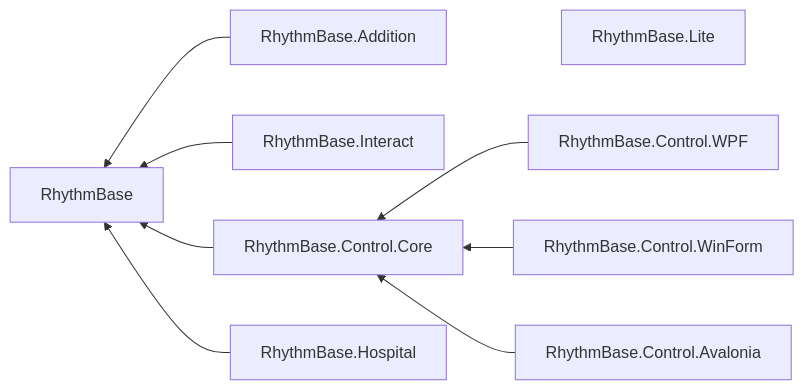
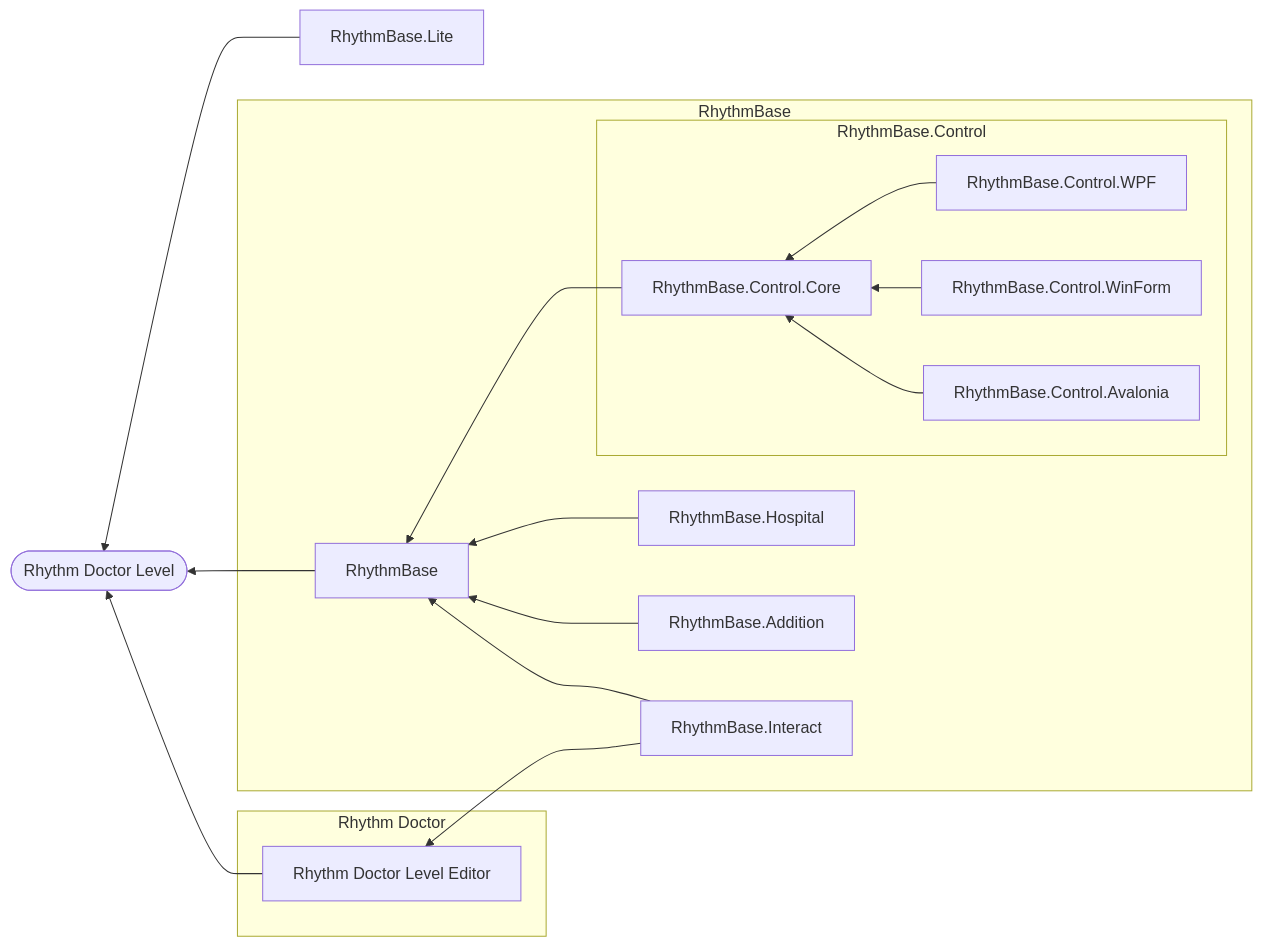
The diagram in README.md (RDCN-Community-Developers/RhythmToolkit), drawn with Mermaid before and after one commit. The commit also changed other lines of this file, not shown here.

Commit message:
更新 README

````diff
--- a/README.md
+++ b/README.md
@@ -31,15 +29,25 @@
 ```mermaid
 flowchart RL
-RB[RhythmBase]
-RBAdd[RhythmBase.Addition]
-RBInt[RhythmBase.Interact]
-RBHos[RhythmBase.Hospital]
 RBLite[RhythmBase.Lite]
-RBCCore[RhythmBase.Control.Core]
-RBCWPF[RhythmBase.Control.WPF]
-RBCWF[RhythmBase.Control.WinForm]
-RBCAva[RhythmBase.Control.Avalonia]
+subgraph RD[Rhythm Doctor]
+RDLE[Rhythm Doctor Level Editor]
+end
+RDL([Rhythm Doctor Level])
+subgraph RBTitle[RhythmBase]
+  RB[RhythmBase]
+  RBAdd[RhythmBase.Addition]
+  RBInt[RhythmBase.Interact]
+  RBHos[RhythmBase.Hospital]
+  subgraph RBC[RhythmBase.Control]
+    RBCCore[RhythmBase.Control.Core]
+    RBCWPF[RhythmBase.Control.WPF]
+    RBCWF[RhythmBase.Control.WinForm]
+    RBCAva[RhythmBase.Control.Avalonia]
+  end
+end
 
+RBLite --> RDL
 RBCWPF & RBCWF & RBCAva --> RBCCore
-RBAdd & RBInt & RBCCore & RBHos --> RB
+RBCCore & RBHos & RBAdd & RBInt --> RB --> RDL
+RBInt --> RDLE --> RDL
 ```
````
